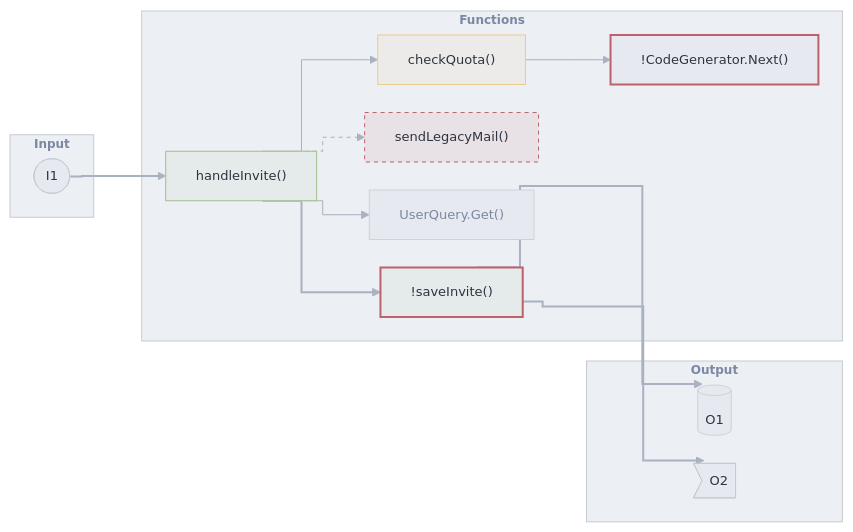
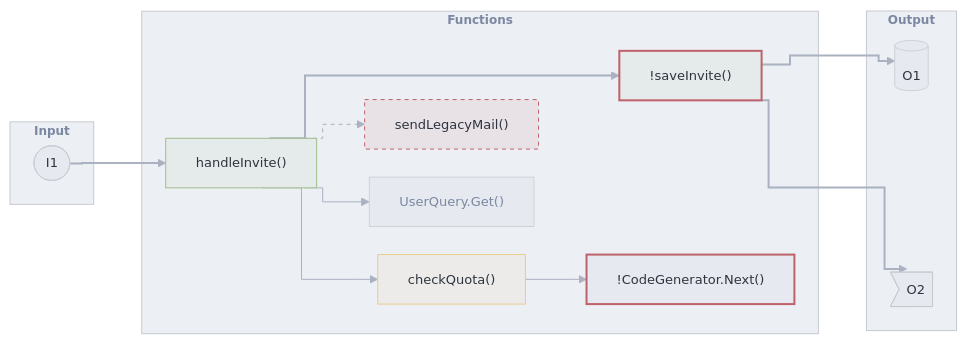
The tenth of 17 diagrams in docs/samples/craft-themes.md (gagoar/pr-brief), drawn with Mermaid before and after one commit. The commit also changed other lines of this file, not shown here.

````diff
--- a/docs/samples/craft-themes.md
+++ b/docs/samples/craft-themes.md
@@ -430,39 +450,41 @@
 ```mermaid
 %%{init: {"theme":"base","flowchart":{"curve":"step","nodeSpacing":28,"rankSpacing":48,"diagramPadding":40},"themeVariables":{"darkMode":false,"background":"#eceff4","fontFamily":"Inter, Helvetica, Arial","fontSize":"13px","dropShadow":"none","primaryColor":"#e6e9ef","primaryTextColor":"#2e3440","primaryBorderColor":"#c6cad0","nodeTextColor":"#2e3440","textColor":"#2e3440","mainBkg":"#e6e9ef","nodeBorder":"#c6cad0","lineColor":"#aab1c0","clusterBkg":"#eceff4","clusterBorder":"#c6cad0","titleColor":"#7b88a1","edgeLabelBackground":"#eceff4"}}}%%
 graph LR
   subgraph IN["Input"]
     I1(["I1"])
   end
   subgraph FN["Functions"]
     F1["handleInvite()"]:::added
     F2["checkQuota()"]:::modified
     F3["sendLegacyMail()"]:::removed
     F4["UserQuery.Get()"]:::context
     F5["!CodeGenerator.Next()"]:::risk
     F6["!saveInvite()"]:::riskadded
   end
   subgraph OUT["Output"]
     O1[("O1")]
     O2>"O2"]
   end
   I1 ==> F1
   F1 --> F2
   F1 --> F4
   F2 --> F5
   F1 ==> F6
   F1 -.-> F3
   F6 ==> O1
   F6 ==> O2
+  F5 ~~~ O1
+  F5 ~~~ O2
   classDef default fill:#e6e9ef,stroke:#c6cad0,stroke-width:0.75px,color:#2e3440,font-weight:500
   classDef added fill:#e5eaea,stroke:#a3be8c,stroke-width:1px,color:#2e3440,font-weight:500
   classDef modified fill:#ecebea,stroke:#ebcb8b,stroke-width:1px,color:#2e3440,font-weight:500
   classDef removed fill:#e8e1e6,stroke:#bf616a,stroke-width:1px,stroke-dasharray:4 4,color:#2e3440,font-weight:500
   classDef context fill:#e6e9ef,stroke:#c6cad0,stroke-width:0.75px,color:#7b88a1,font-weight:500
   classDef risk fill:#e6e9ef,stroke:#bf616a,stroke-width:2px,color:#2e3440,font-weight:500
   classDef riskadded fill:#e5eaea,stroke:#bf616a,stroke-width:2px,color:#2e3440,font-weight:500
   classDef zone fill:#eceff4,stroke:#c6cad0,stroke-width:1px,color:#7b88a1,font-weight:600,font-size:12px
   class IN,FN,OUT zone
-  linkStyle default stroke:#aab1c0,stroke-width:1px
+  linkStyle 1,2,3 stroke:#aab1c0,stroke-width:1px
   linkStyle 0,4,6,7 stroke:#aab1c0,stroke-width:2px
   linkStyle 5 stroke:#aab1c0,stroke-width:1px,stroke-dasharray:4 4
 ```
````
